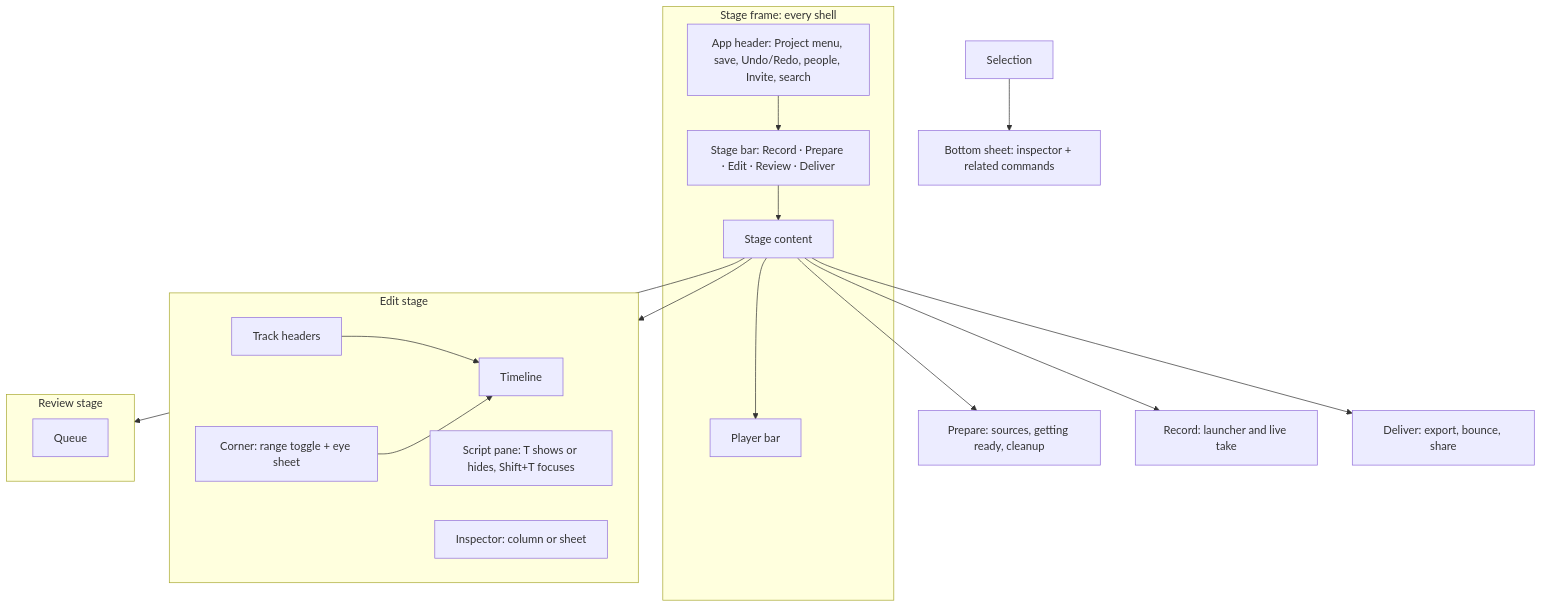
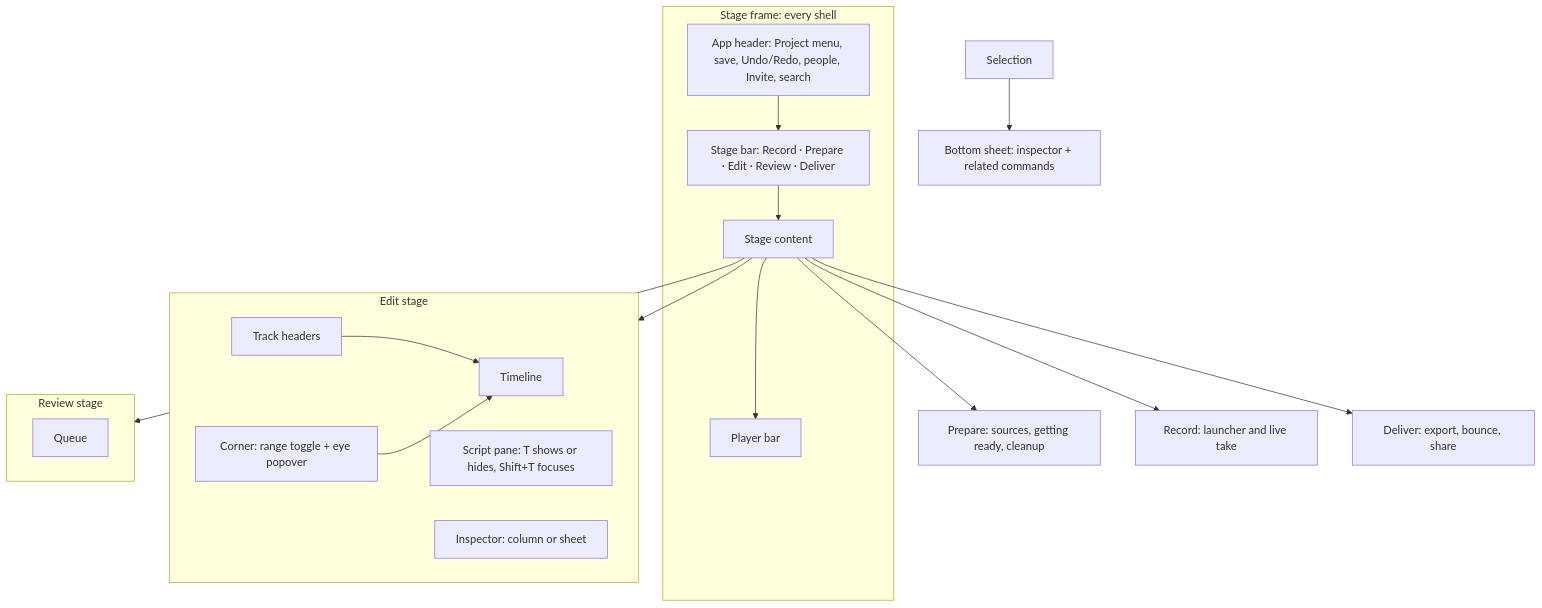
The diagram in ux/pages/screens/information-architecture.md (calebn/sharecut-studio), drawn with Mermaid before and after one commit. The commit also changed 76 other files, not shown here.

````diff
--- a/ux/pages/screens/information-architecture.md
+++ b/ux/pages/screens/information-architecture.md
@@ -3,28 +3,28 @@
 ```mermaid
 flowchart TB
   subgraph frame [Stage frame: every shell]
     HD[App header: Project menu, save, Undo/Redo, people, Invite, search]
     SB[Stage bar: Record · Prepare · Edit · Review · Deliver]
     ST[Stage content]
     PL[Player bar]
     HD --> SB --> ST --> PL
   end
 
   subgraph edit [Edit stage]
     TH[Track headers] --> TIM[Timeline]
-    CORNER[Corner: range toggle + eye sheet] --> TIM
+    CORNER[Corner: range toggle + eye popover] --> TIM
     SC[Script pane: T shows or hides, Shift+T focuses]
     INS[Inspector: column or sheet]
   end
 
   subgraph review [Review stage]
     RV[Queue]
   end
 
   ST --> edit
   ST --> review
   ST --> PREP[Prepare: sources, getting ready, cleanup]
   ST --> REC[Record: launcher and live take]
   ST --> DEL[Deliver: export, bounce, share]
   SEL[Selection] --> BS[Bottom sheet: inspector + related commands]
 ```
````
